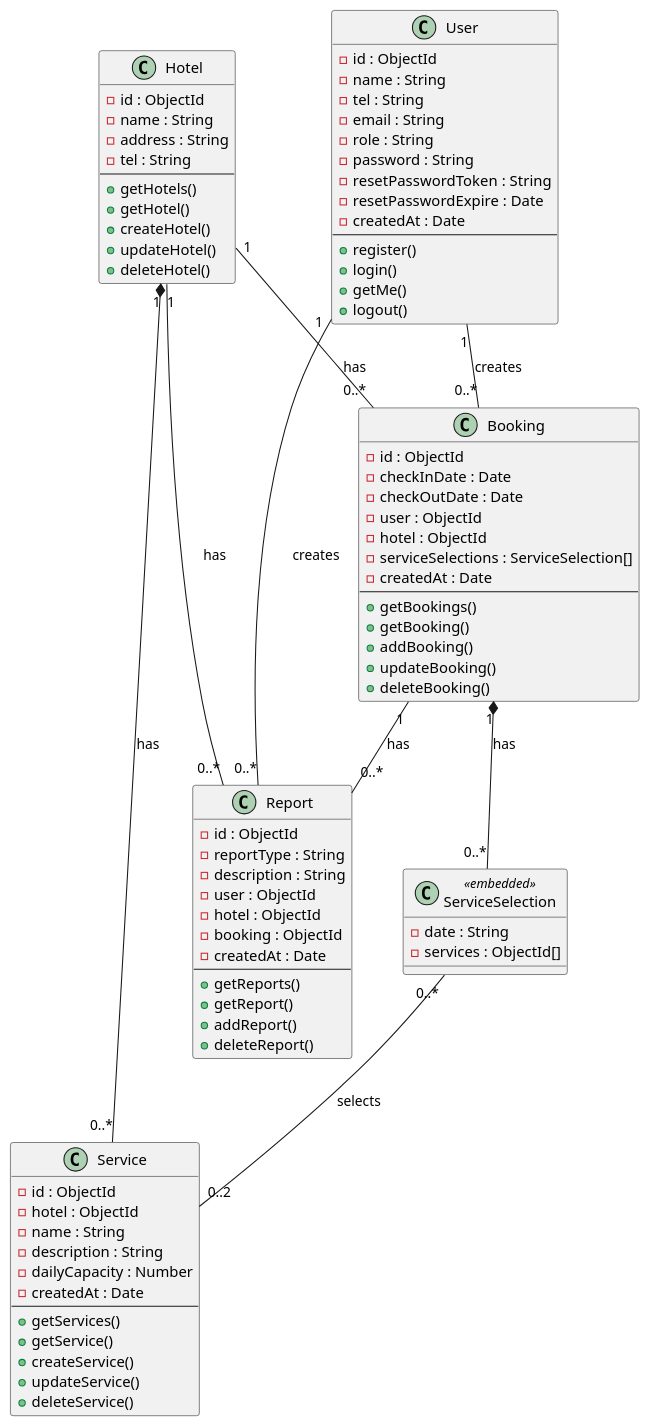
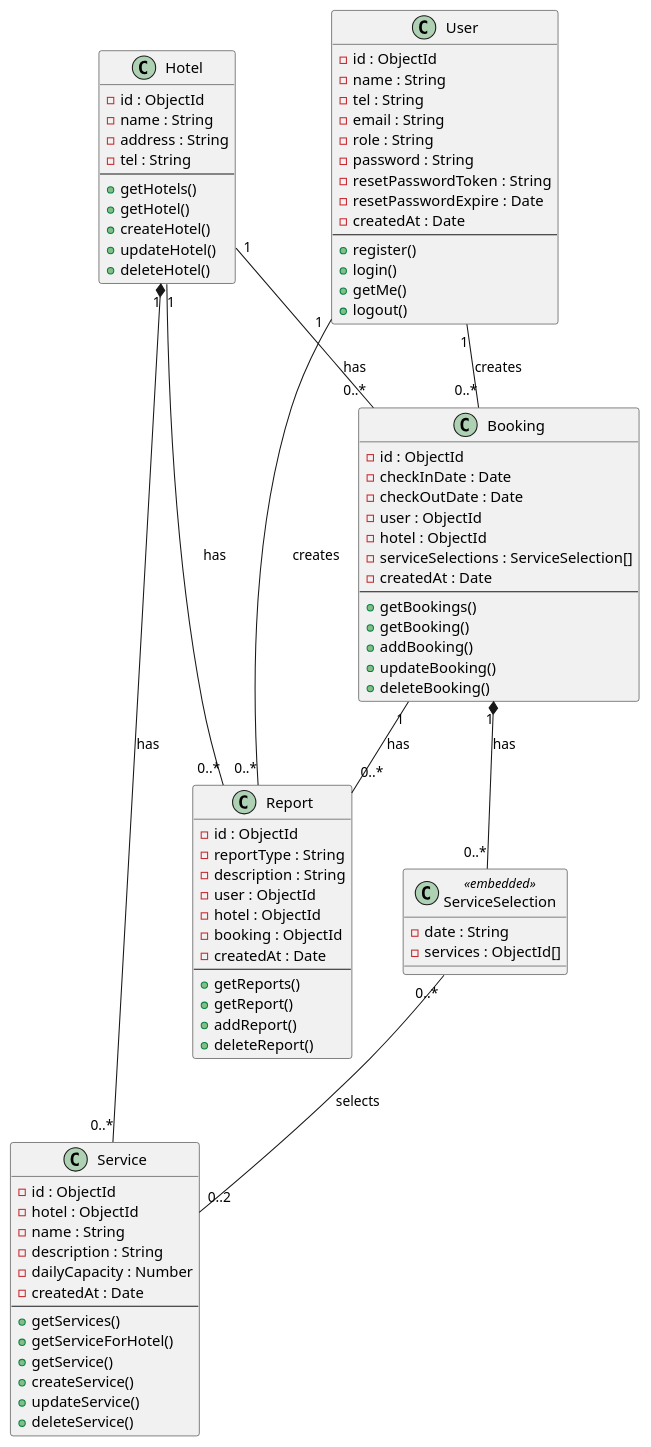
Before and after one commit to PaMEllAaaa/ProductiveDuck: the diagram in diagram/Class_Diagram.puml, drawn with PlantUML. The commit also changed 1 other file, not shown here.

Commit message:
add Get Service for Hotel and add sequence diagram

```diff
--- a/diagram/Class_Diagram.puml
+++ b/diagram/Class_Diagram.puml
@@ -1,93 +1,94 @@
 @startuml
 
 class User {
   - id : ObjectId
   - name : String
   - tel : String
   - email : String
   - role : String
   - password : String
   - resetPasswordToken : String
   - resetPasswordExpire : Date
   - createdAt : Date
   --
   + register()
   + login()
   + getMe()
   + logout()
 }
 
 class Hotel {
   - id : ObjectId
   - name : String
   - address : String
   - tel : String
   --
   + getHotels()
   + getHotel()
   + createHotel()
   + updateHotel()
   + deleteHotel()
 }
 
 class Booking {
   - id : ObjectId
   - checkInDate : Date
   - checkOutDate : Date
   - user : ObjectId
   - hotel : ObjectId
   - serviceSelections : ServiceSelection[]
   - createdAt : Date
   --
   + getBookings()
   + getBooking()
   + addBooking()
   + updateBooking()
   + deleteBooking()
 }
 
 class ServiceSelection <<embedded>> {
   - date : String
   - services : ObjectId[]
 }
 
 class Service {
   - id : ObjectId
   - hotel : ObjectId
   - name : String
   - description : String
   - dailyCapacity : Number
   - createdAt : Date
   --
   + getServices()
+  + getServiceForHotel()
   + getService()
   + createService()
   + updateService()
   + deleteService()
 }
 
 class Report {
   - id : ObjectId
   - reportType : String
   - description : String
   - user : ObjectId
   - hotel : ObjectId
   - booking : ObjectId
   - createdAt : Date
   --
   + getReports()
   + getReport()
   + addReport()
   + deleteReport()
 }
 
 User "1" -- "0..*" Booking : creates
 User "1" -- "0..*" Report : creates
 Hotel "1" -- "0..*" Booking : has
 Hotel "1" *-- "0..*" Service : has
 Hotel "1" -- "0..*" Report : has
 Booking "1" -- "0..*" Report : has
 Booking "1" *-- "0..*" ServiceSelection : has
 ServiceSelection "0..*" -- "0..2" Service : selects
 
 @enduml
```
